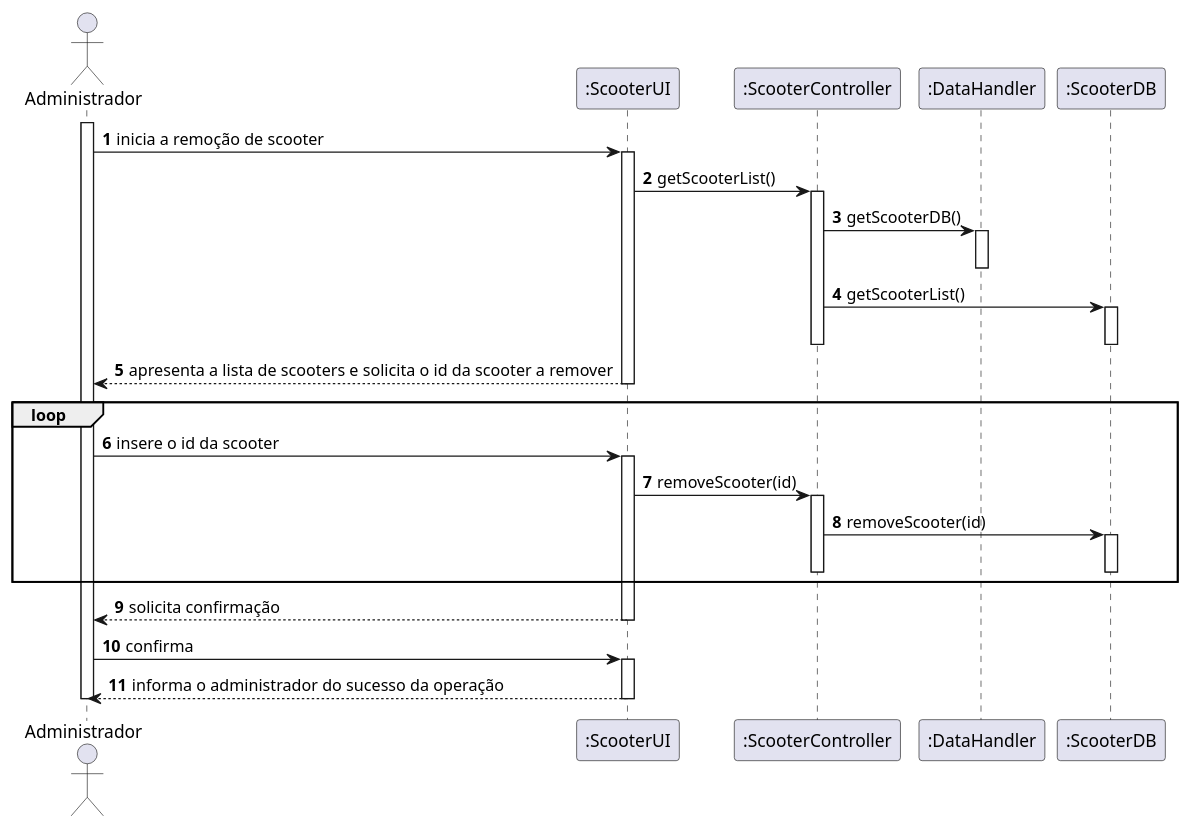
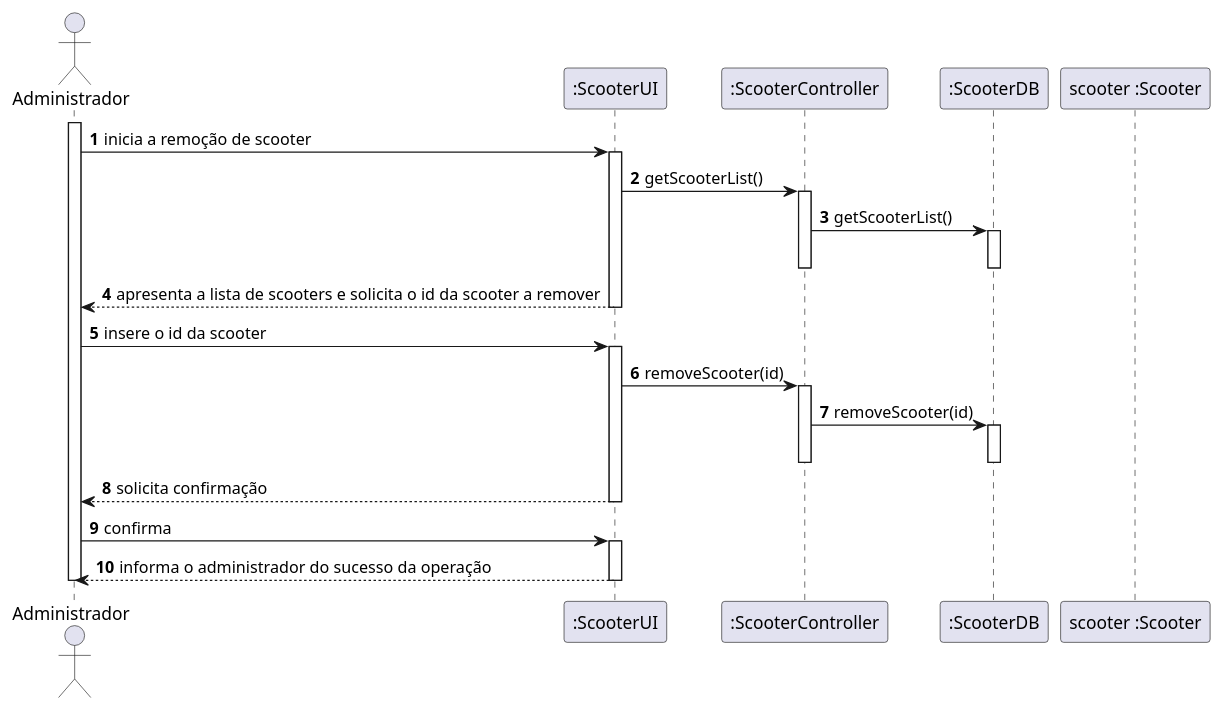
The diagram in docs/UC12/UC12_RemoverScooter_SD.puml (pedrolemos4/LAPR3), drawn with PlantUML before and after one commit. The commit also changed 7 other files, not shown here.

```diff
--- a/docs/UC12/UC12_RemoverScooter_SD.puml
+++ b/docs/UC12/UC12_RemoverScooter_SD.puml
@@ -1,47 +1,43 @@
 @startuml
 autonumber
 
 actor "Administrador" as ADMIN
 
 participant ":ScooterUI" as UI
 participant ":ScooterController" as CTRL
-participant ":DataHandler" as DB
 participant ":ScooterDB" as SCHL
+participant "scooter :Scooter" as SCOOT
 
 
 activate ADMIN
 ADMIN -> UI : inicia a remoção de scooter
 activate UI
 UI -> CTRL : getScooterList()
 activate CTRL
-CTRL -> DB : getScooterDB()
-activate DB
-deactivate DB
 
 CTRL -> SCHL : getScooterList()
 activate SCHL
 deactivate SCHL
 deactivate CTRL
   
 UI --> ADMIN : apresenta a lista de scooters e solicita o id da scooter a remover
 deactivate UI
-loop
+
 ADMIN -> UI : insere o id da scooter
 activate UI 
 UI -> CTRL : removeScooter(id)
 activate CTRL
 CTRL -> SCHL : removeScooter(id)
 activate SCHL
 deactivate SCHL
 deactivate CTRL
-end loop
 UI --> ADMIN : solicita confirmação
 deactivate UI
 
 ADMIN -> UI : confirma
 activate UI
 UI --> ADMIN : informa o administrador do sucesso da operação
 deactivate UI
 deactivate ADMIN
 
 @enduml
```
